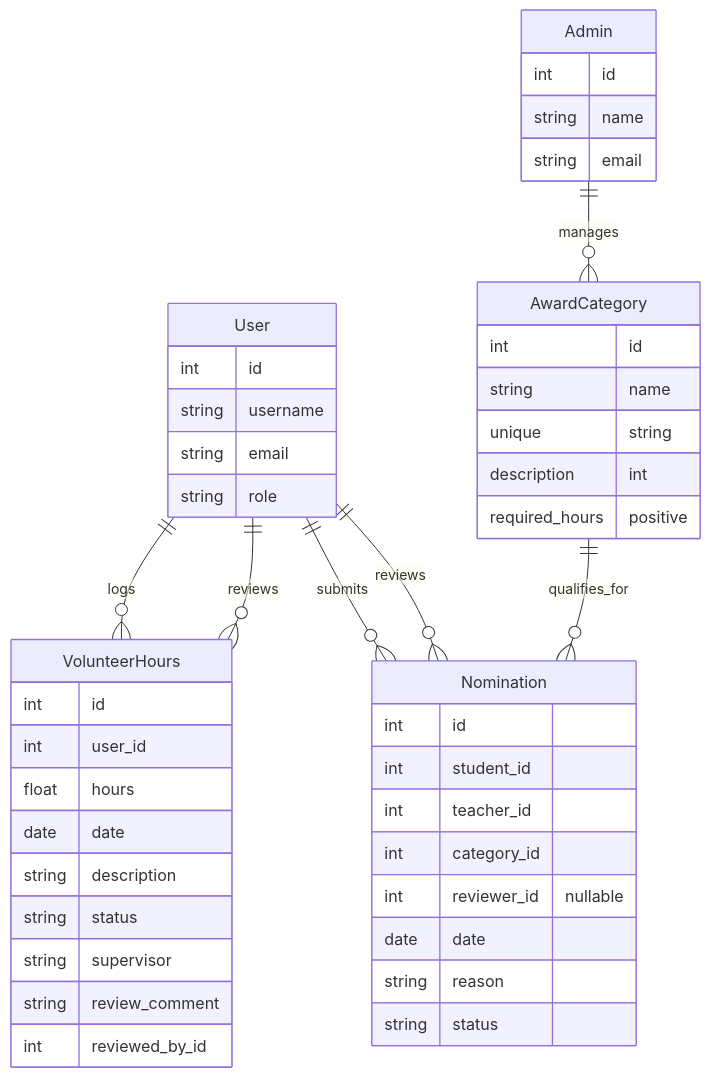
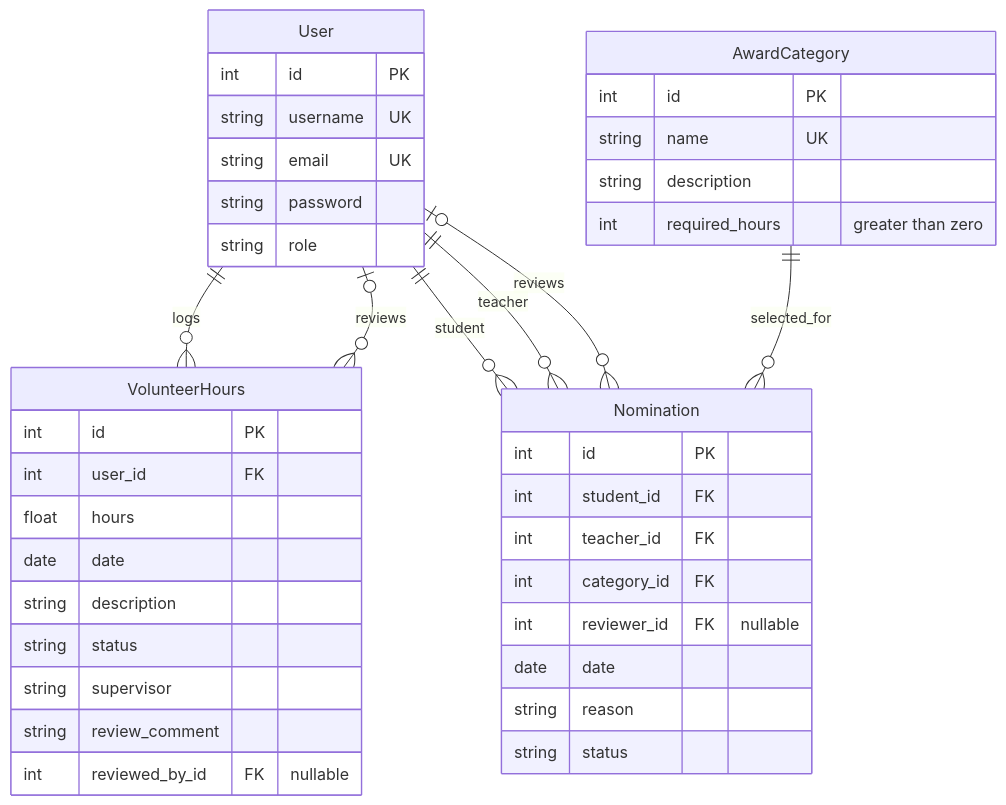
One commit to Cyborg2169/comp3613a1 changed the diagram in docs/report.md. Above: the diagram before and after it, drawn with Mermaid. The commit also changed other lines of this file and 14 other files, not shown here.

````diff
--- a/docs/report.md
+++ b/docs/report.md
@@ -32,52 +59,47 @@
 ```mermaid
 erDiagram
     User {
-        int id
-        string username
-        string email
+        int id PK
+        string username UK
+        string email UK
+        string password
         string role
     }
 
-    Admin {
-        int id
-        string name
-        string email
-    }
-
     VolunteerHours {
-        int id
-        int user_id
+        int id PK
+        int user_id FK
         float hours
         date date
         string description
         string status
         string supervisor
         string review_comment
-        int reviewed_by_id
+        int reviewed_by_id FK "nullable"
     }
 
     AwardCategory {
-        int id
-        string name unique
+        int id PK
+        string name UK
         string description
-        int required_hours positive
+        int required_hours "greater than zero"
     }
 
     Nomination {
-        int id
-        int student_id
-        int teacher_id
-        int category_id
-        int reviewer_id "nullable"
+        int id PK
+        int student_id FK
+        int teacher_id FK
+        int category_id FK
+        int reviewer_id FK "nullable"
         date date
         string reason
         string status
     }
 
     User ||--o{ VolunteerHours : logs
-    User ||--o{ VolunteerHours : reviews
-    User ||--o{ Nomination : submits
-    User ||--o{ Nomination : reviews
-    AwardCategory ||--o{ Nomination : qualifies_for
-    Admin ||--o{ AwardCategory : manages
+    User o|--o{ VolunteerHours : reviews
+    User ||--o{ Nomination : student
+    User ||--o{ Nomination : teacher
+    User o|--o{ Nomination : reviews
+    AwardCategory ||--o{ Nomination : selected_for
 ```
````
